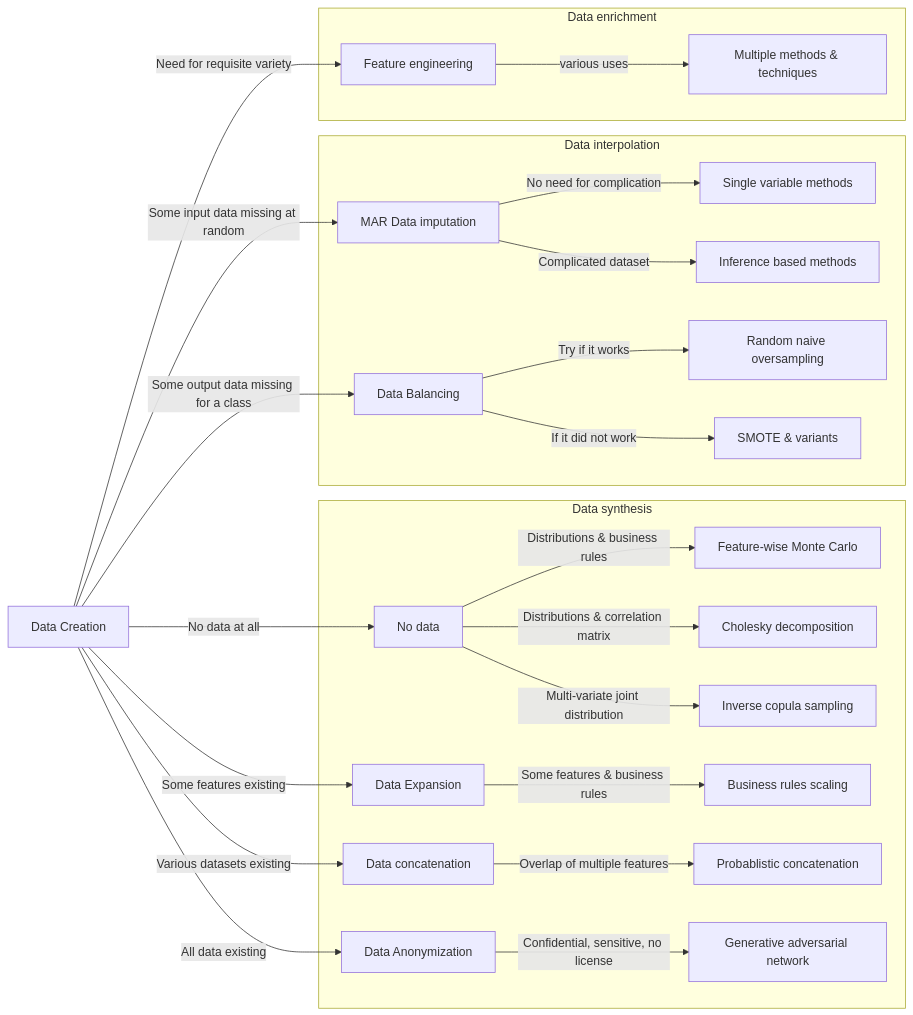
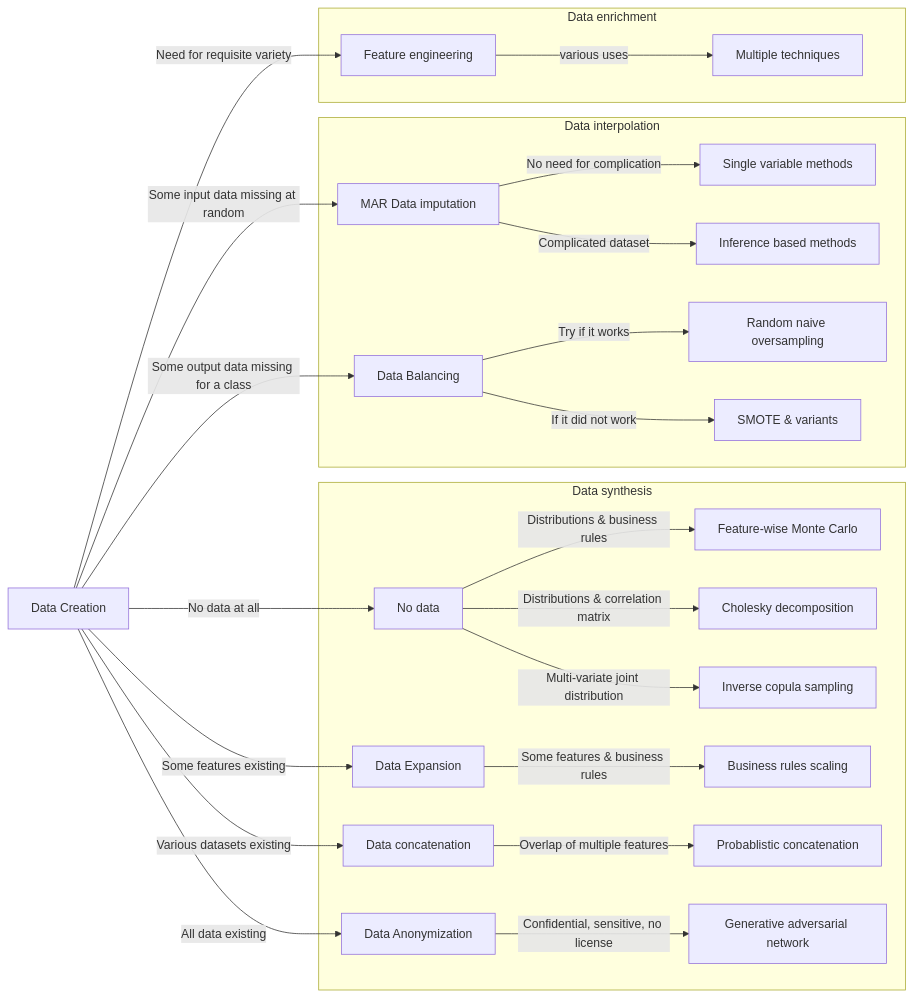
Before and after one commit to angel-marchev/data-creation: the diagram in methods-chart.md, drawn with Mermaid.

````diff
--- a/methods-chart.md
+++ b/methods-chart.md
@@ -1,57 +1,57 @@
 ```mermaid
 flowchart LR
     datacreation[Data Creation]
 
     subgraph data_synth[Data synthesis]
     no_data[No data]
     create_mc[Feature-wise Monte Carlo]
     create_cholesky[Cholesky decomposition]
     create_copula[Inverse copula sampling]
     data_expand[Data Expansion]
     expand_business[Business rules scaling]
     data_concat[Data concatenation]
     concat_fuzzi[Probablistic concatenation]
     data_anon[Data Anonymization]
     anon_gan[Generative adversarial network]
     end
 
     subgraph data_interp[Data interpolation]
     data_input[MAR Data imputation]
     input_single[Single variable methods]
     input_infer[Inference based methods]
     data_balans[Data Balancing]
     oversample_random[Random naive oversampling]
     oversample_smote[SMOTE & variants]
     end
     
     subgraph data_engin[Data enrichment]
     enginer_f[Feature engineering]
-    engine_method[Multiple methods & techniques]
+    engine_method[Multiple techniques]
     end
     
     datacreation-->|No data at all| no_data
     datacreation-->|Some input data missing at random| data_input
     datacreation-->|Some output data missing for a class| data_balans
     datacreation-->|Need for requisite variety| enginer_f
     datacreation-->|Some features existing| data_expand
     datacreation-->|Various datasets existing| data_concat
     datacreation-->|All data existing| data_anon    
 
     data_input-->|No need for complication| input_single
     data_input-->|Complicated dataset| input_infer
 
     data_balans-->|Try if it works| oversample_random
     data_balans-->|If it did not work| oversample_smote
 
     no_data-->|Distributions & business rules| create_mc
     no_data-->|Distributions & correlation matrix| create_cholesky
     no_data-->|Multi-variate joint distribution| create_copula
 
     data_expand-->|Some features & business rules| expand_business
 
     data_concat-->|Overlap of multiple features| concat_fuzzi
 
     data_anon-->|Confidential, sensitive, no license| anon_gan
     
     enginer_f-->|various uses| engine_method
 ```
````
